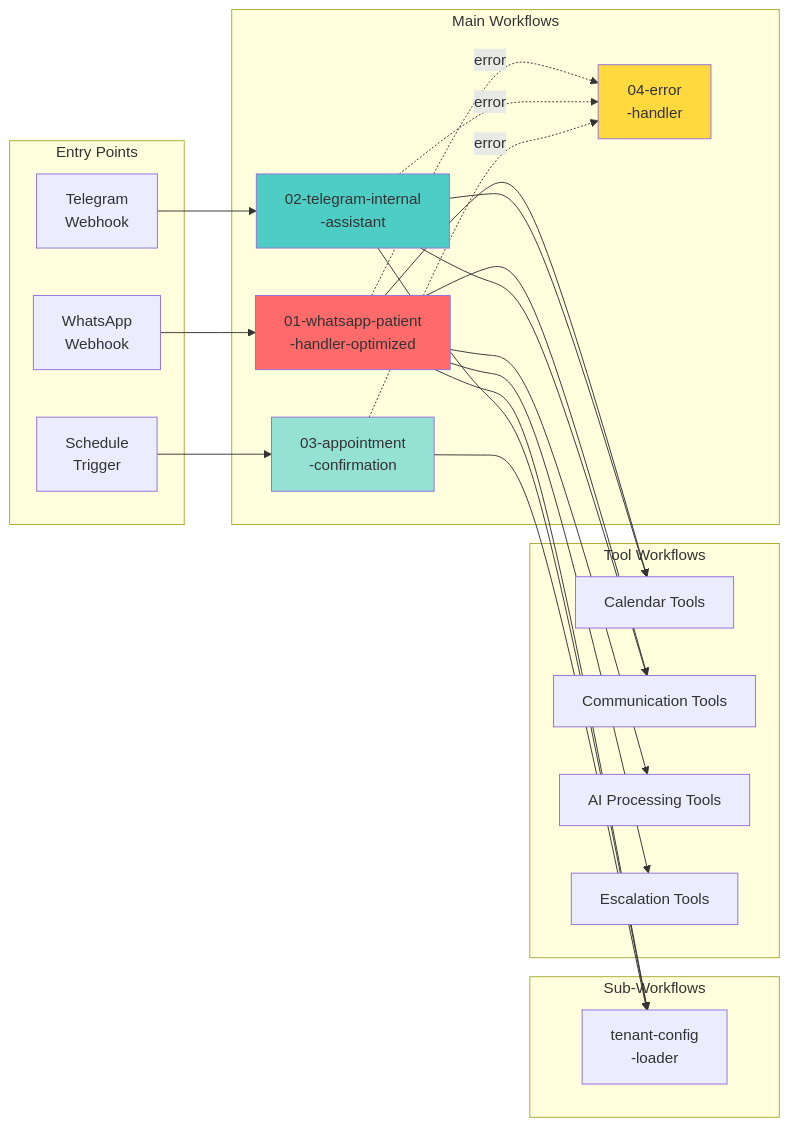
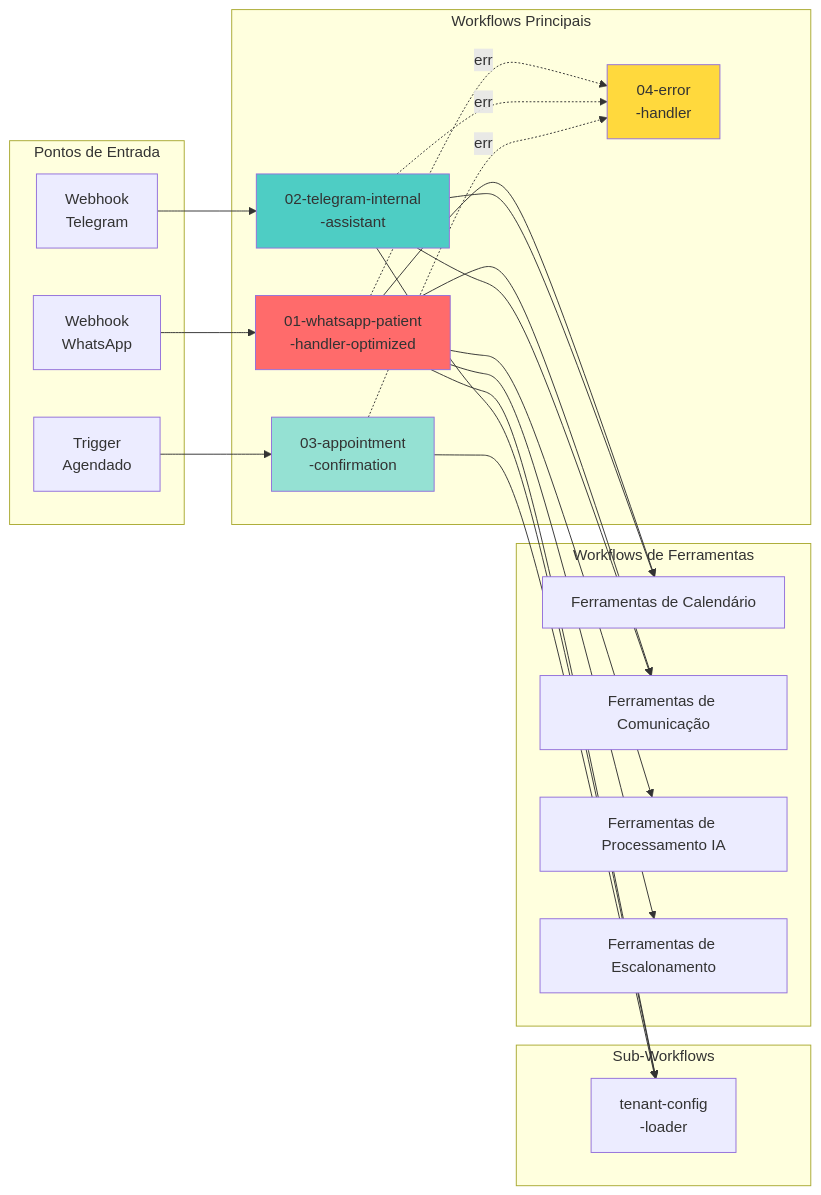
Before and after one commit to RenanLisboa8/n8n-clinic-multiagent: the fourth of 10 diagrams in docs/ARCHITECTURE.md, drawn with Mermaid. The commit also changed other lines of this file and 3 other files, not shown here.

First line of the commit message:
Translate architecture and deployment documentation to Portuguese

````diff
--- a/docs/ARCHITECTURE.md
+++ b/docs/ARCHITECTURE.md
@@ -186,51 +186,51 @@
 ```mermaid
 graph LR
-    subgraph "Entry Points"
-        WH[WhatsApp<br/>Webhook]
-        TH[Telegram<br/>Webhook]
-        CRON[Schedule<br/>Trigger]
+    subgraph "Pontos de Entrada"
+        WH[Webhook<br/>WhatsApp]
+        TH[Webhook<br/>Telegram]
+        CRON[Trigger<br/>Agendado]
     end
     
-    subgraph "Main Workflows"
+    subgraph "Workflows Principais"
         WF1[01-whatsapp-patient<br/>-handler-optimized]
         WF2[02-telegram-internal<br/>-assistant]
         WF3[03-appointment<br/>-confirmation]
         WF4[04-error<br/>-handler]
     end
     
     subgraph "Sub-Workflows"
         SUB[tenant-config<br/>-loader]
     end
     
-    subgraph "Tool Workflows"
-        T1[Calendar Tools]
-        T2[Communication Tools]
-        T3[AI Processing Tools]
-        T4[Escalation Tools]
+    subgraph "Workflows de Ferramentas"
+        T1[Ferramentas de Calendário]
+        T2[Ferramentas de Comunicação]
+        T3[Ferramentas de Processamento IA]
+        T4[Ferramentas de Escalonamento]
     end
     
     WH --> WF1
     TH --> WF2
     CRON --> WF3
     
     WF1 --> SUB
     WF2 --> SUB
     WF3 --> SUB
     
     WF1 --> T1
     WF1 --> T2
     WF1 --> T3
     WF1 --> T4
     
     WF2 --> T1
     WF2 --> T2
     
-    WF1 -.error.-> WF4
-    WF2 -.error.-> WF4
-    WF3 -.error.-> WF4
+    WF1 -.erro.-> WF4
+    WF2 -.erro.-> WF4
+    WF3 -.erro.-> WF4
     
     style WF1 fill:#ff6b6b
     style WF2 fill:#4ecdc4
     style WF3 fill:#95e1d3
     style WF4 fill:#ffd93d
 ```
````
